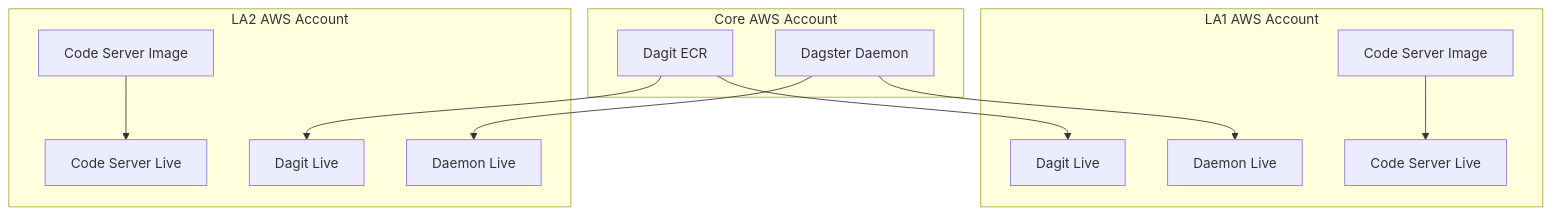
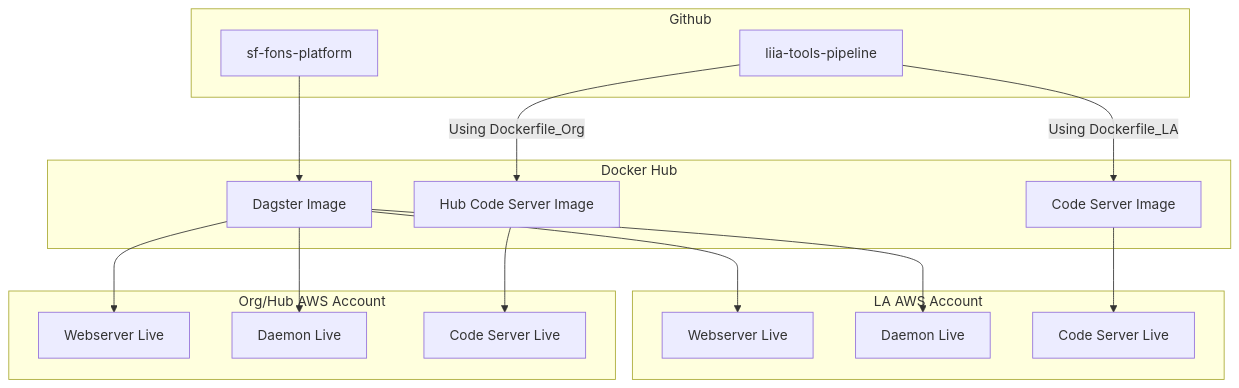
Before and after one commit to SocialFinanceDigitalLabs/sf-fons-platform: the diagram in dagster/README.md, drawn with Mermaid. The commit also changed other lines of this file and 10 other files, not shown here.

````diff
--- a/dagster/README.md
+++ b/dagster/README.md
@@ -18,20 +18,26 @@
 ```mermaid
 graph TB;
 
-subgraph one[Core AWS Account]
-A[Dagit ECR]
-B[Dagster Daemon]
+subgraph zero[Github]
+R[sf-fons-platform]
+S[liia-tools-pipeline]
 end
 
-subgraph two[LA1 AWS Account]
-A-->C[Dagit Live]
-B-->D[Daemon Live]
-G[Code Server Image]-->H[Code Server Live]
+subgraph one[Docker Hub]
+R-->A[Dagster Image]
+S--Using Dockerfile_LA-->G[Code Server Image]
+S--Using Dockerfile_Org-->B[Hub Code Server Image]
 end
 
-subgraph three[LA2 AWS Account]
-A-->E[Dagit Live]
-B-->F[Daemon Live]
-I[Code Server Image]-->J[Code Server Live]
+subgraph two[LA AWS Account]
+A-->C[Webserver Live]
+A-->D[Daemon Live]
+G-->H[Code Server Live]
+end
+
+subgraph three[Org/Hub AWS Account]
+A-->E[Webserver Live]
+A-->F[Daemon Live]
+B-->J[Code Server Live]
 end
 ```
````
